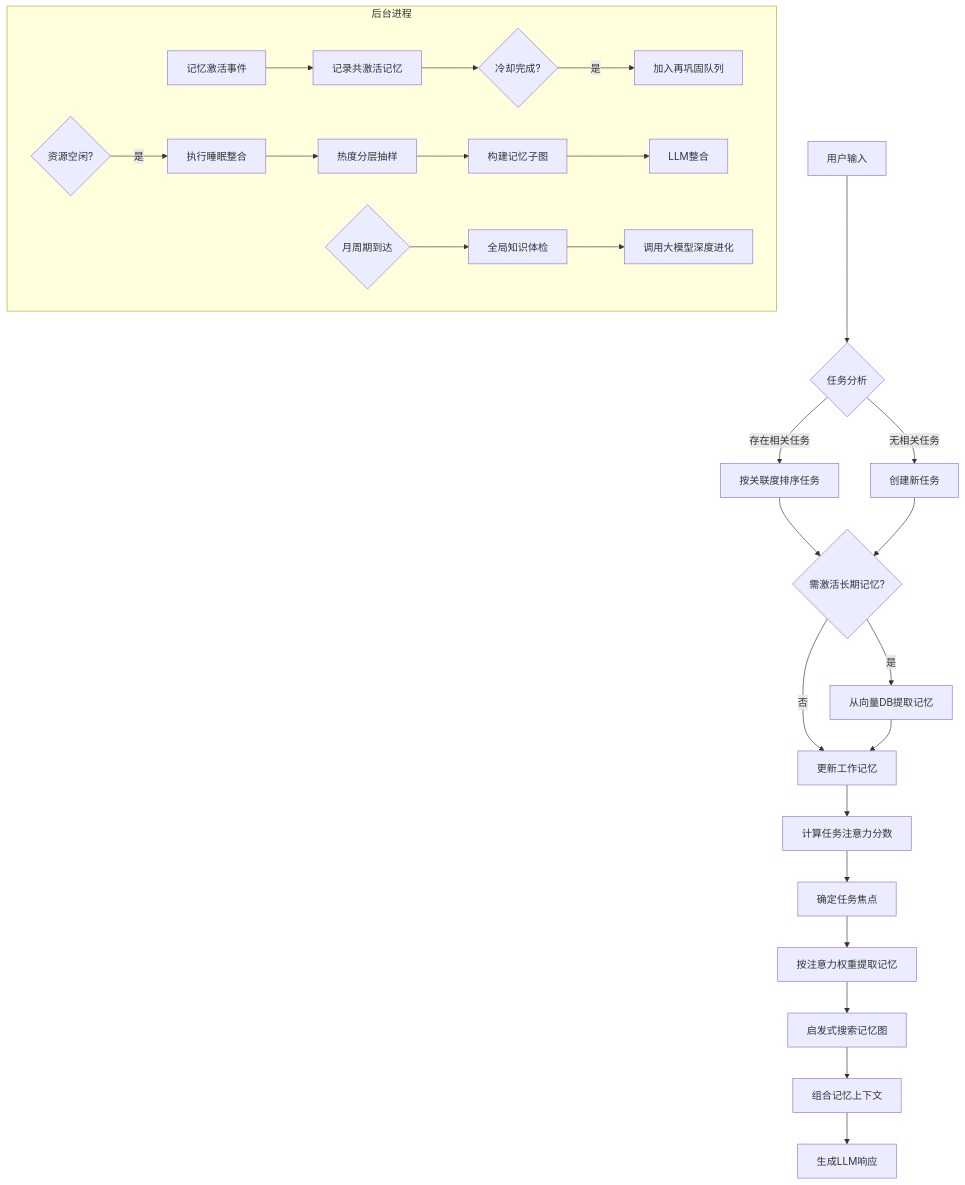
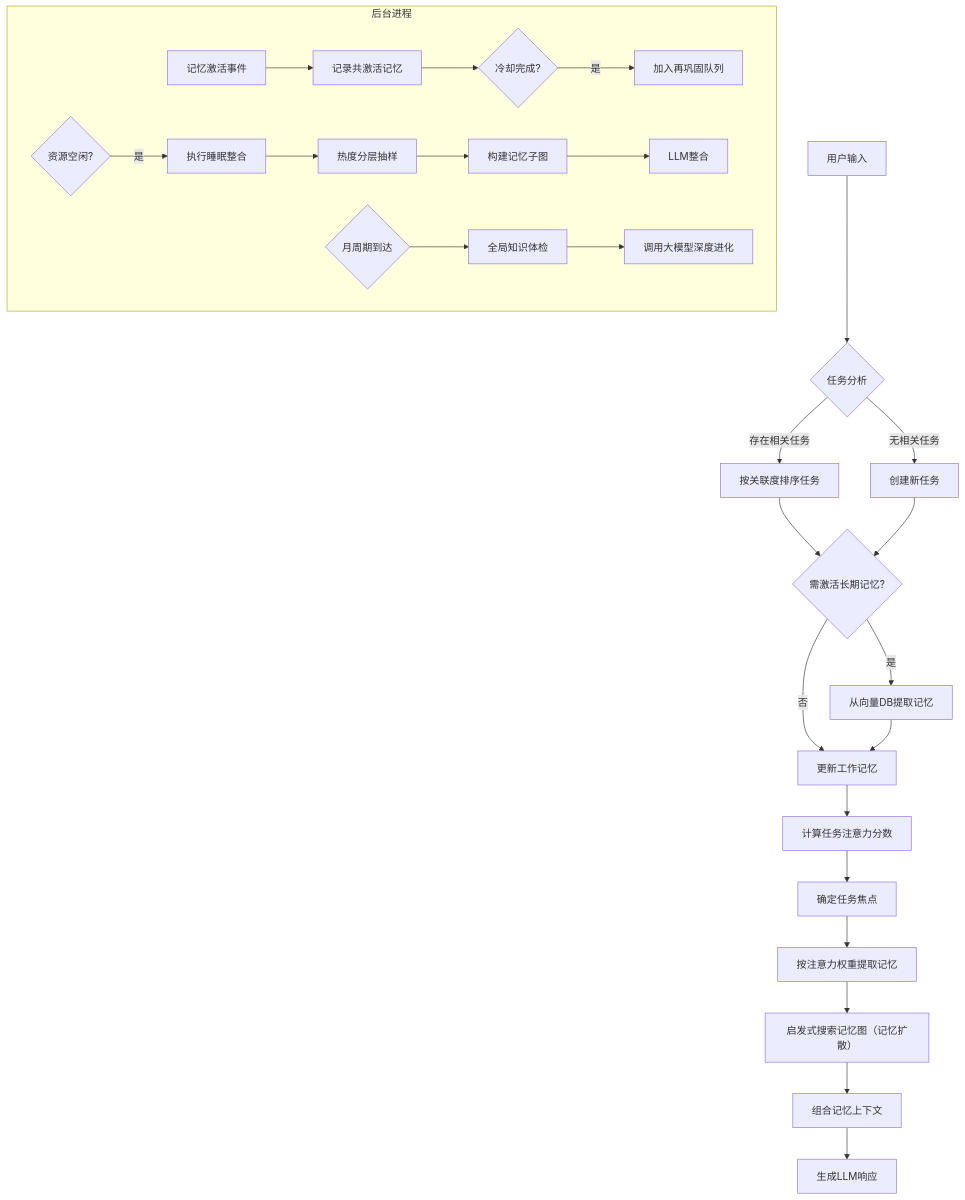
The first of 2 diagrams in README.md (dynamder/Soulmem), drawn with Mermaid before and after one commit. The commit also changed other lines of this file and 6 other files, not shown here.

````diff
--- a/README.md
+++ b/README.md
@@ -67,32 +67,32 @@
 ```mermaid
 graph TD
     A[用户输入] --> B{任务分析}
     B -->|存在相关任务| C[按关联度排序任务]
     B -->|无相关任务| D[创建新任务]
     C --> E{需激活长期记忆?}
     D --> E
     E -->|是| F[从向量DB提取记忆]
     E -->|否| G[更新工作记忆]
     F --> G
     G --> H[计算任务注意力分数]
     H --> I[确定任务焦点]
     I --> J[按注意力权重提取记忆]
-    J --> K[启发式搜索记忆图]
+    J --> K[启发式搜索记忆图（记忆扩散）]
     K --> L[组合记忆上下文]
     L --> M[生成LLM响应]
     
     subgraph 后台进程
         N[记忆激活事件] --> O[记录共激活记忆]
         O --> P{冷却完成?}
         P -->|是| Q[加入再巩固队列]
         
         R{资源空闲?} -->|是|S[执行睡眠整合]
         S --> T[热度分层抽样]
         T --> U[构建记忆子图]
         U --> V[LLM整合]
         
         W{月周期到达} --> X[全局知识体检]
         X --> Y[调用大模型深度进化]
     end
 
 ```
````
